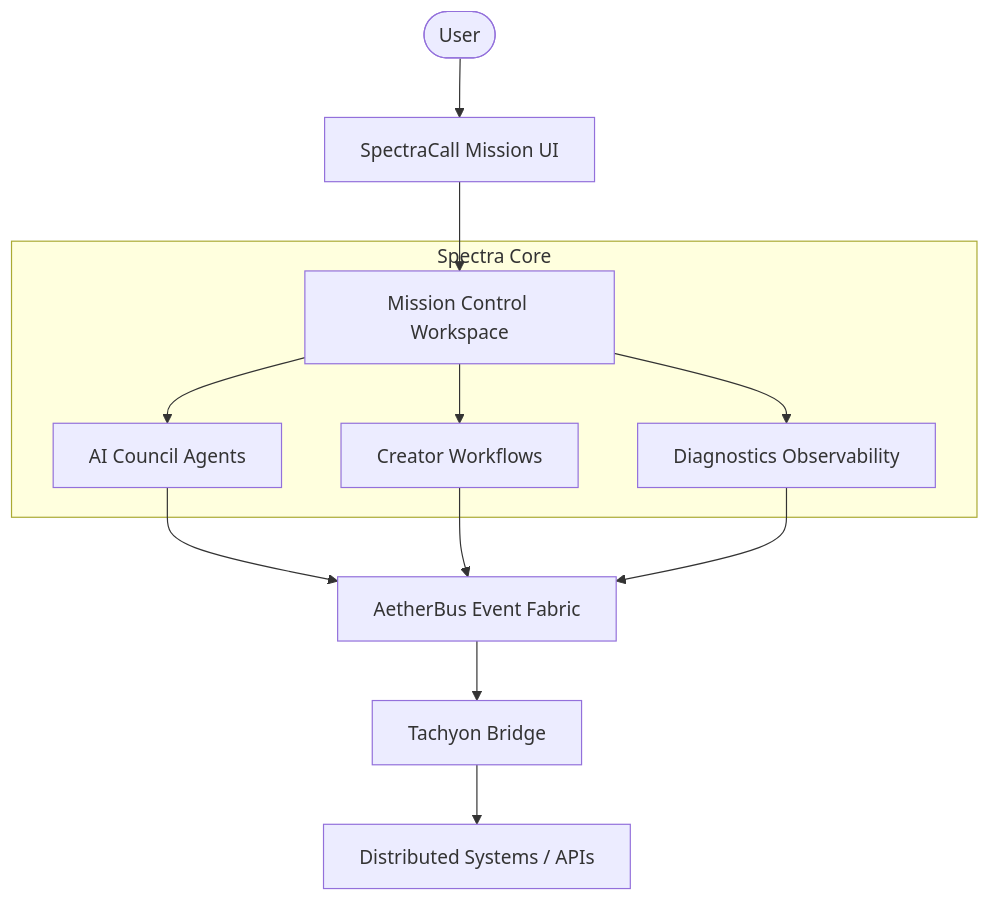
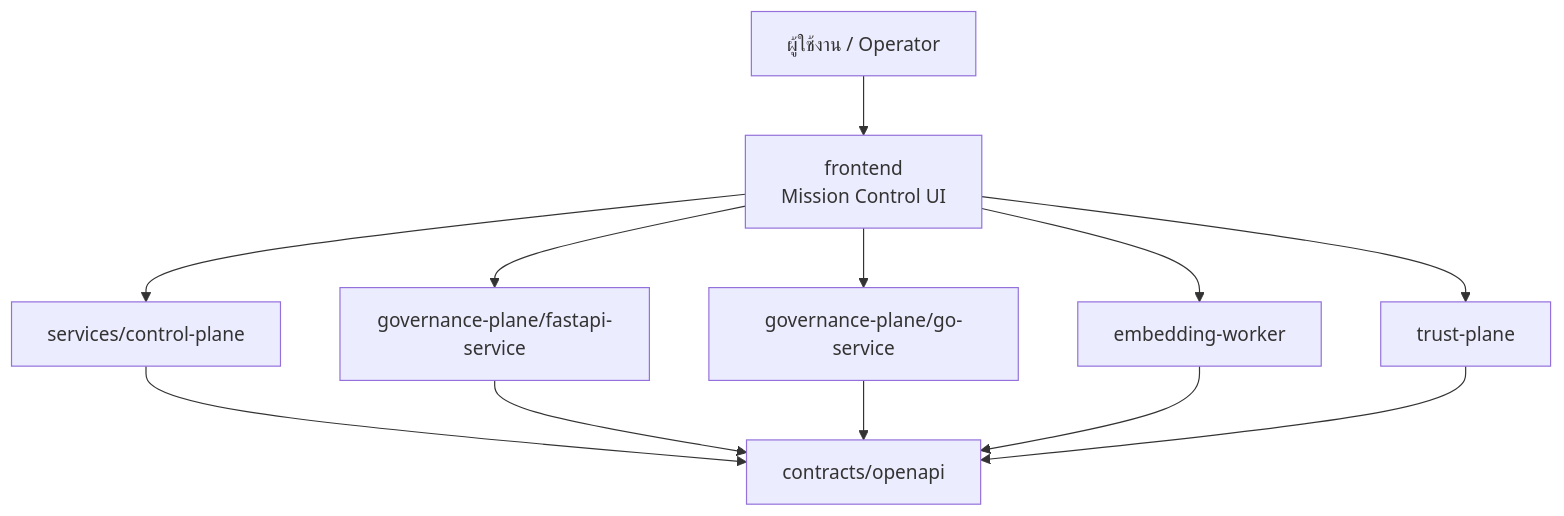
Before and after one commit to lnspirafirmaGPK/SpectraCall: the second of 2 diagrams in README.md, drawn with Mermaid. The commit also changed other lines of this file and 7 other files, not shown here.

Commit message:
Redesign mission control landing page (#60)

````diff
--- a/README.md
+++ b/README.md
@@ -63,15 +163,14 @@
 ```mermaid
 graph TD
-    User([User]) --> UI[SpectraCall Mission UI]
-    UI --> Workspace[Mission Control Workspace]
-
-    subgraph "Spectra Core"
-        Workspace --> Council[AI Council Agents]
-        Workspace --> Creator[Creator Workflows]
-        Workspace --> Diagnostics[Diagnostics Observability]
-    end
-
-    Council & Creator & Diagnostics --> AetherBus[AetherBus Event Fabric]
-    AetherBus --> Tachyon[Tachyon Bridge]
-    Tachyon --> Backend[Distributed Systems / APIs]
+    OP[ผู้ใช้งาน / Operator] --> UI[frontend\nMission Control UI]
+    UI --> CTRL[services/control-plane]
+    UI --> GOVPY[governance-plane/fastapi-service]
+    UI --> GOVGO[governance-plane/go-service]
+    UI --> EMB[embedding-worker]
+    UI --> TRUST[trust-plane]
+    CTRL --> SPEC[contracts/openapi]
+    GOVPY --> SPEC
+    GOVGO --> SPEC
+    EMB --> SPEC
+    TRUST --> SPEC
 ```
````
